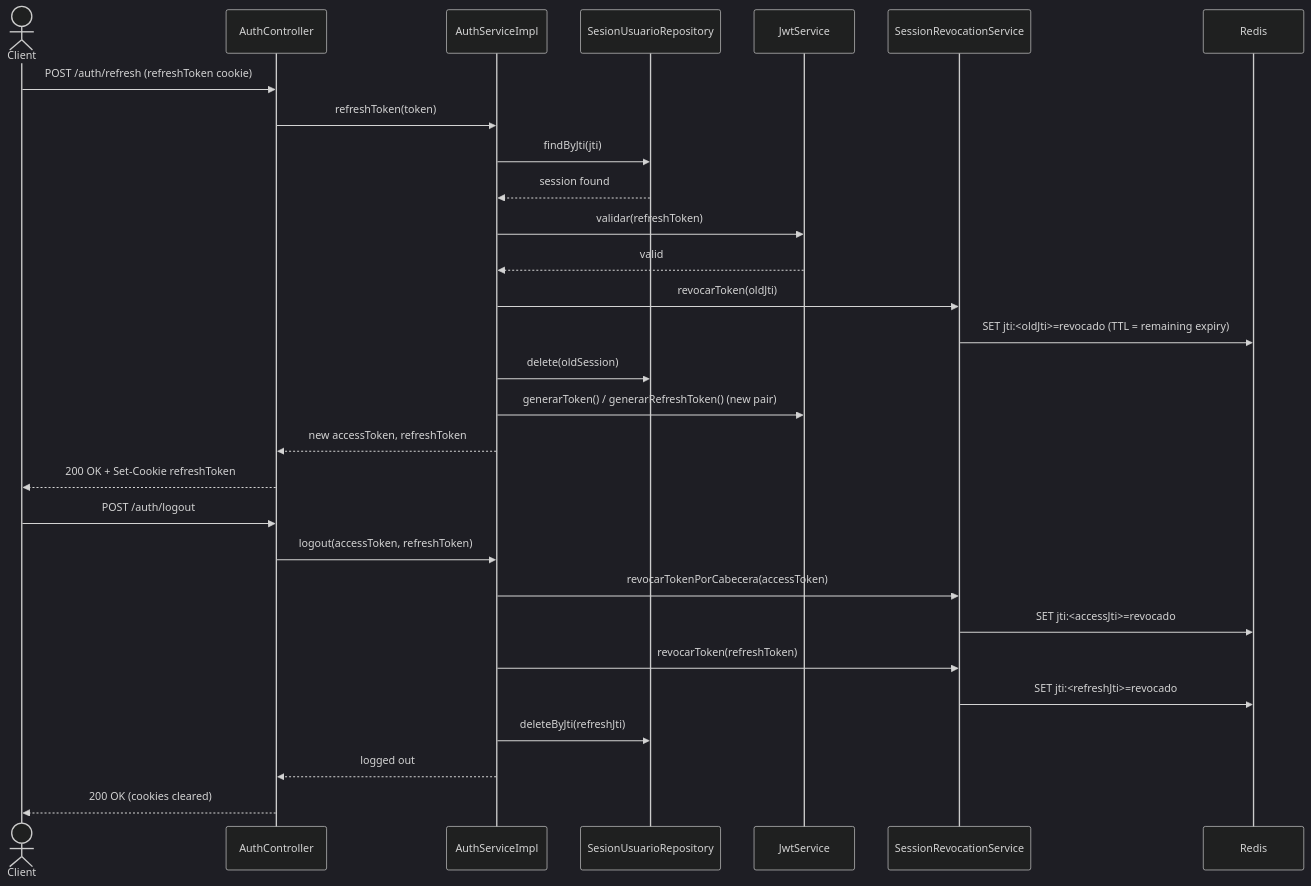
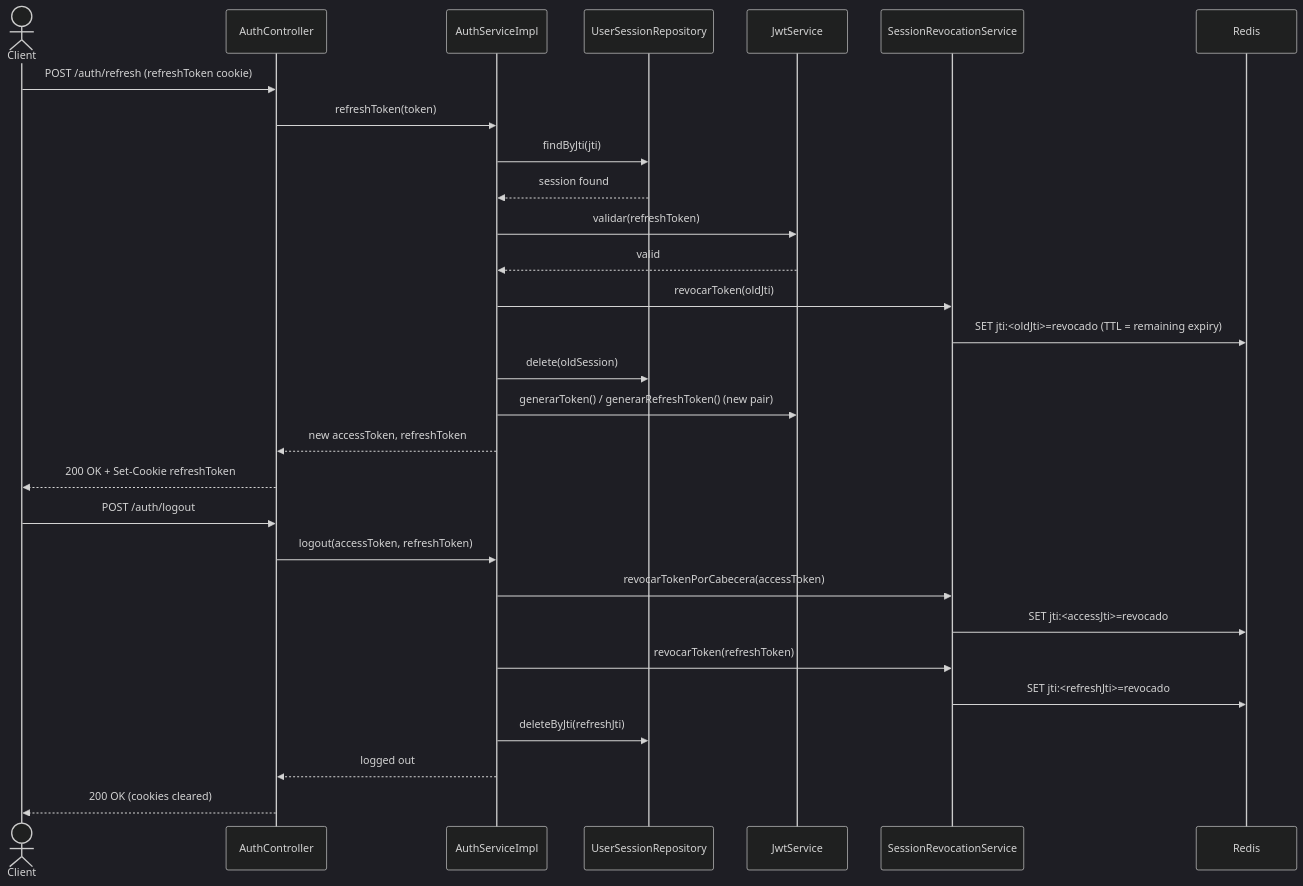
The fourth of 4 diagrams in docs/diagramas/Secuencia_Login_JWT.md (JohanCarvajal04/Proyecto-WEB-ARTISYNC), drawn with Mermaid (dark theme) before and after one commit. The commit also changed other lines of this file and 6 other files, not shown here.

````diff
--- a/docs/diagramas/Secuencia_Login_JWT.md
+++ b/docs/diagramas/Secuencia_Login_JWT.md
@@ -201,33 +201,33 @@
 ```mermaid
 sequenceDiagram
     actor Client
     participant AuthCtrl as AuthController
     participant AuthSvc as AuthServiceImpl
-    participant SessionRepo as SesionUsuarioRepository
+    participant SessionRepo as UserSessionRepository
     participant JwtSvc as JwtService
     participant Revoke as SessionRevocationService
     participant Redis
 
     Client->>AuthCtrl: POST /auth/refresh (refreshToken cookie)
     AuthCtrl->>AuthSvc: refreshToken(token)
     AuthSvc->>SessionRepo: findByJti(jti)
     SessionRepo-->>AuthSvc: session found
     AuthSvc->>JwtSvc: validar(refreshToken)
     JwtSvc-->>AuthSvc: valid
     AuthSvc->>Revoke: revocarToken(oldJti)
     Revoke->>Redis: SET jti:<oldJti>=revocado (TTL = remaining expiry)
     AuthSvc->>SessionRepo: delete(oldSession)
     AuthSvc->>JwtSvc: generarToken() / generarRefreshToken() (new pair)
     AuthSvc-->>AuthCtrl: new accessToken, refreshToken
     AuthCtrl-->>Client: 200 OK + Set-Cookie refreshToken
 
     Client->>AuthCtrl: POST /auth/logout
     AuthCtrl->>AuthSvc: logout(accessToken, refreshToken)
     AuthSvc->>Revoke: revocarTokenPorCabecera(accessToken)
     Revoke->>Redis: SET jti:<accessJti>=revocado
     AuthSvc->>Revoke: revocarToken(refreshToken)
     Revoke->>Redis: SET jti:<refreshJti>=revocado
     AuthSvc->>SessionRepo: deleteByJti(refreshJti)
     AuthSvc-->>AuthCtrl: logged out
     AuthCtrl-->>Client: 200 OK (cookies cleared)
 ```
````
